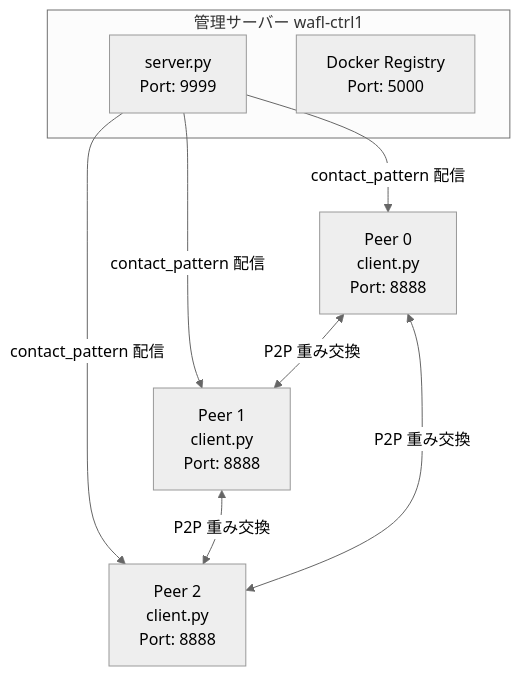
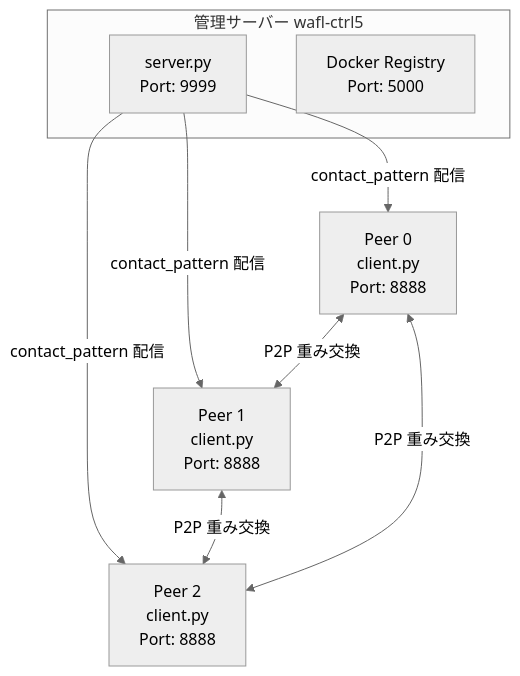
Before and after one commit to babcs2035/WAFL-PEFT: the first of 6 diagrams in README.md, drawn with Mermaid (neutral theme). The commit also changed other lines of this file and 11 other files, not shown here.

````diff
--- a/README.md
+++ b/README.md
@@ -62,19 +62,19 @@
 ```mermaid
 graph TD
-    subgraph ctrl["管理サーバー wafl-ctrl1"]
+    subgraph ctrl["管理サーバー wafl-ctrl5"]
         S["server.py<br/>Port: 9999"]
         R["Docker Registry<br/>Port: 5000"]
     end
 
     P0["Peer 0<br/>client.py<br/>Port: 8888"]
     P1["Peer 1<br/>client.py<br/>Port: 8888"]
     P2["Peer 2<br/>client.py<br/>Port: 8888"]
 
     S -->|"contact_pattern 配信"| P0
     S -->|"contact_pattern 配信"| P1
     S -->|"contact_pattern 配信"| P2
 
     P0 <-->|"P2P 重み交換"| P1
     P1 <-->|"P2P 重み交換"| P2
     P2 <-->|"P2P 重み交換"| P0
 ```
````
